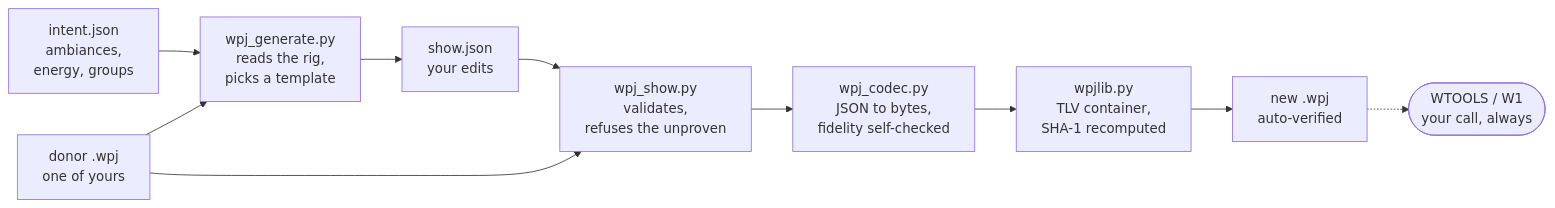
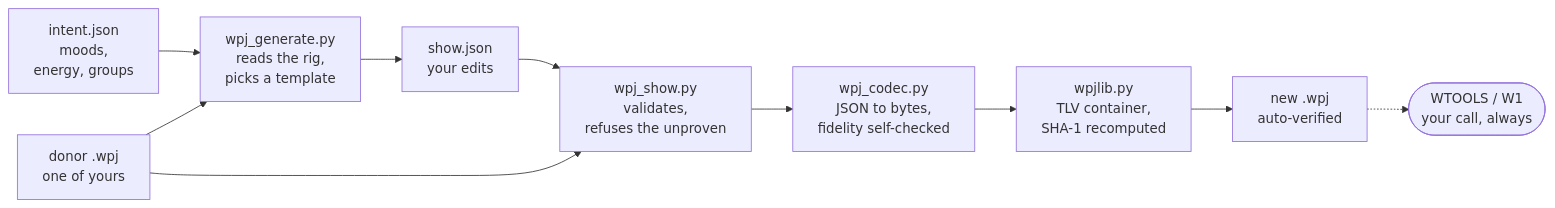
One commit to Adridot/wolfmix-automation changed the diagram in README.md. Above: the diagram before and after it, drawn with Mermaid. The commit also changed other lines of this file and 2 other files, not shown here.

Commit message:
Le mot « ambiance » suit la cle : moods partout

````diff
--- a/README.md
+++ b/README.md
@@ -191,12 +191,12 @@
 ```mermaid
 flowchart LR
-    H["intent.json<br/>ambiances,<br/>energy, groups"] --> I["wpj_generate.py<br/>reads the rig,<br/>picks a template"]
+    H["intent.json<br/>moods,<br/>energy, groups"] --> I["wpj_generate.py<br/>reads the rig,<br/>picks a template"]
     I --> A
     A["show.json<br/>your edits"] --> B["wpj_show.py<br/>validates,<br/>refuses the unproven"]
     D["donor .wpj<br/>one of yours"] --> I
     D --> B
     B --> C["wpj_codec.py<br/>JSON to bytes,<br/>fidelity self-checked"]
     C --> E["wpjlib.py<br/>TLV container,<br/>SHA-1 recomputed"]
     E --> F["new .wpj<br/>auto-verified"]
     F -.-> G(["WTOOLS / W1<br/>your call, always"])
 ```
````
